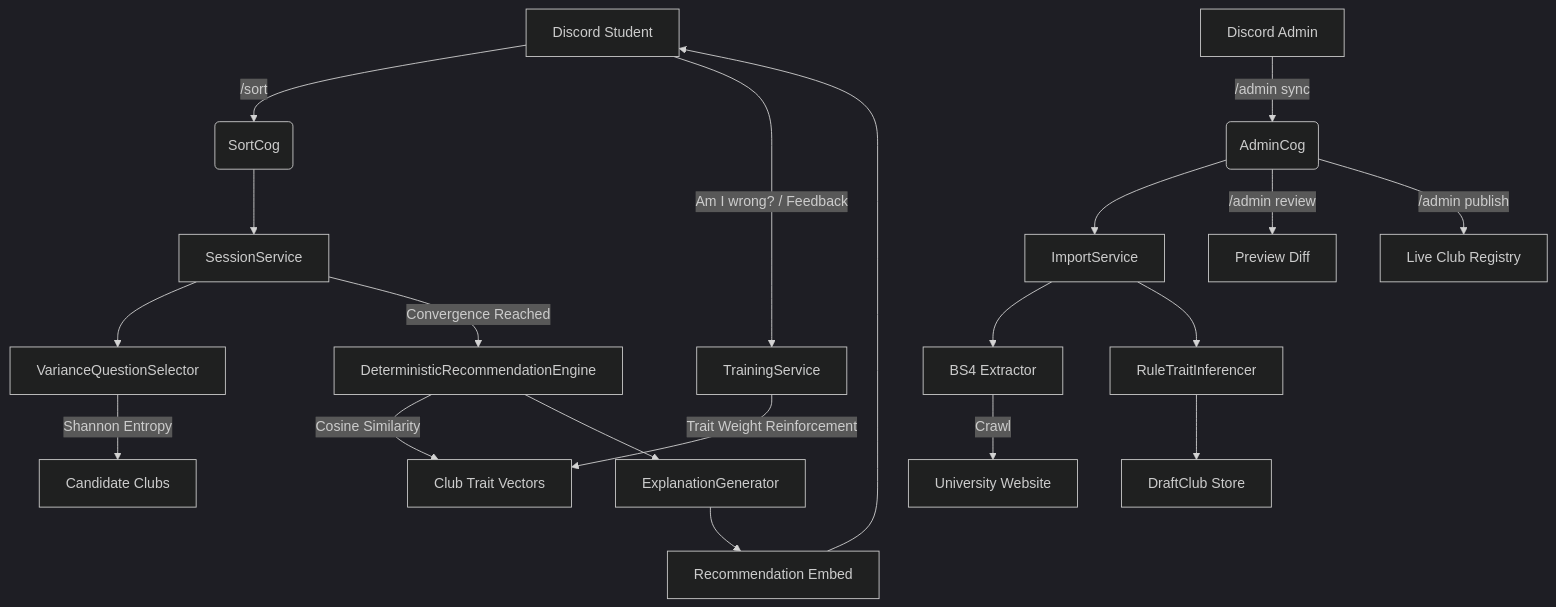
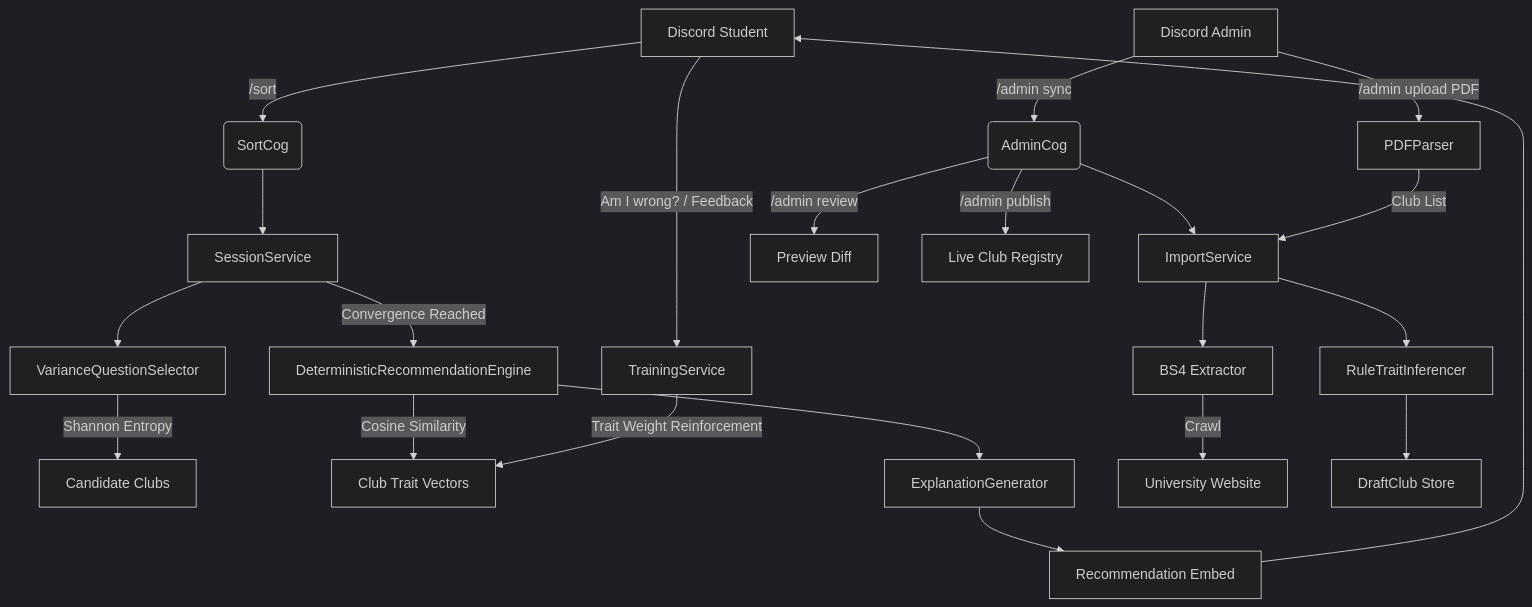
Before and after one commit to keepsloading/sorts.me: the diagram in README.md, drawn with Mermaid (dark theme). The commit also changed other lines of this file and 7 other files, not shown here.

````diff
--- a/README.md
+++ b/README.md
@@ -48,24 +54,27 @@
 ```mermaid
 graph TD
     A[Discord Student] -->|/sort| B(SortCog)
     B --> C[SessionService]
     C --> D[VarianceQuestionSelector]
     D -->|Shannon Entropy| E[Candidate Clubs]
     C -->|Convergence Reached| F[DeterministicRecommendationEngine]
     F -->|Cosine Similarity| G[Club Trait Vectors]
     F --> H[ExplanationGenerator]
     H --> I[Recommendation Embed]
     I --> A
 
     A -->|Am I wrong? / Feedback| J[TrainingService]
     J -->|Trait Weight Reinforcement| G
 
     K[Discord Admin] -->|/admin sync| L(AdminCog)
     L --> M[ImportService]
     M --> N[BS4 Extractor]
     N -->|Crawl| O[University Website]
     M --> P[RuleTraitInferencer]
     P --> Q[DraftClub Store]
     L -->|/admin review| R[Preview Diff]
     L -->|/admin publish| S[Live Club Registry]
+
+    K -->|/admin upload PDF| T[PDFParser]
+    T -->|Club List| M
 ```
````
